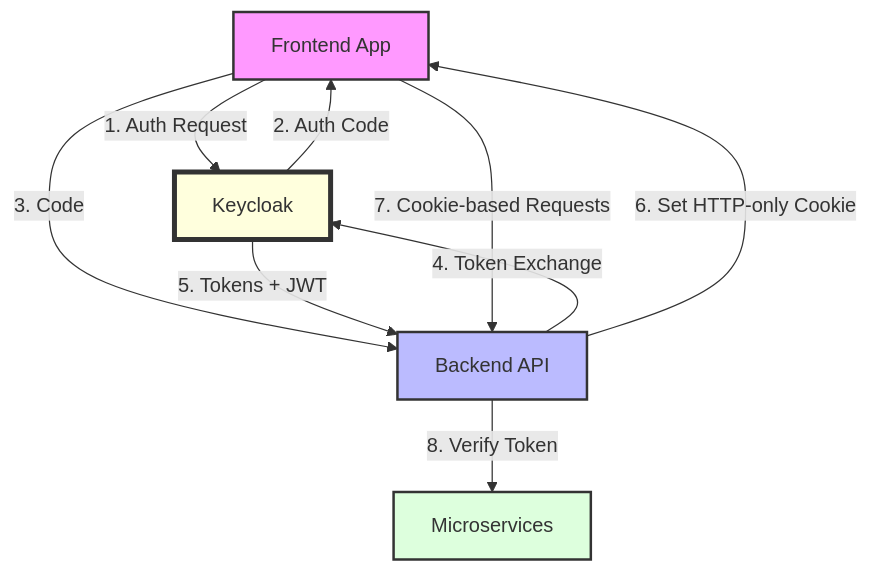
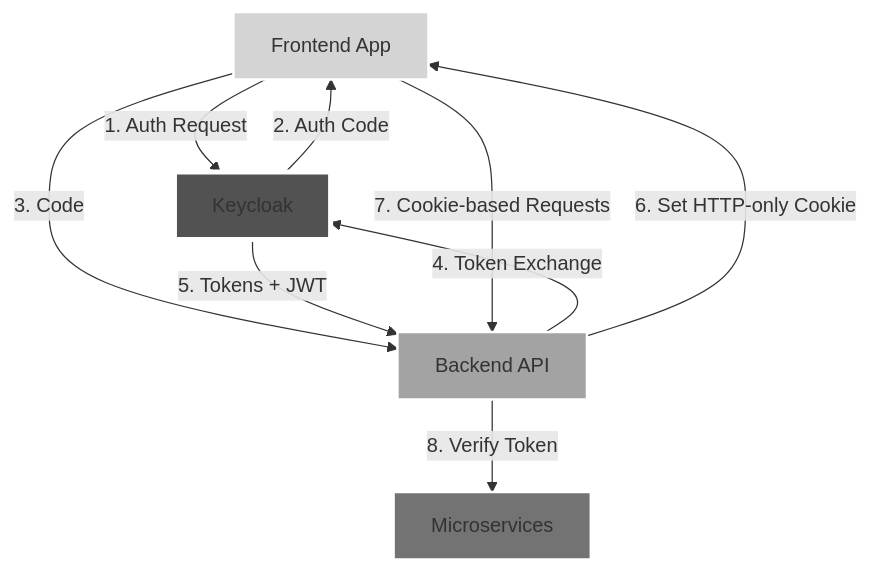
The second of 3 diagrams in blog-post.md (Iteam1337/poc-sso), drawn with Mermaid before and after one commit. The commit also changed other lines of this file and 1 other file, not shown here.

Commit message:
style: Improve Mermaid chart readability with monochromatic color scheme

````diff
--- a/blog-post.md
+++ b/blog-post.md
@@ -48,16 +48,16 @@
 ```mermaid
 graph TD
     A[Frontend App] -->|1. Auth Request| K[Keycloak]
     K -->|2. Auth Code| A
     A -->|3. Code| B[Backend API]
     B -->|4. Token Exchange| K
     K -->|5. Tokens + JWT| B
     B -->|6. Set HTTP-only Cookie| A
     A -->|7. Cookie-based Requests| B
     B -->|8. Verify Token| C[Microservices]
     
-    style A fill:#f9f,stroke:#333,stroke-width:2px
-    style B fill:#bbf,stroke:#333,stroke-width:2px
-    style K fill:#ffd,stroke:#333,stroke-width:4px
-    style C fill:#dfd,stroke:#333,stroke-width:2px
+    style A fill:#d4d4d4,stroke:#ffffff,stroke-width:2px
+    style B fill:#a3a3a3,stroke:#ffffff,stroke-width:2px
+    style K fill:#525252,stroke:#ffffff,stroke-width:4px
+    style C fill:#737373,stroke:#ffffff,stroke-width:2px
 ```
````
